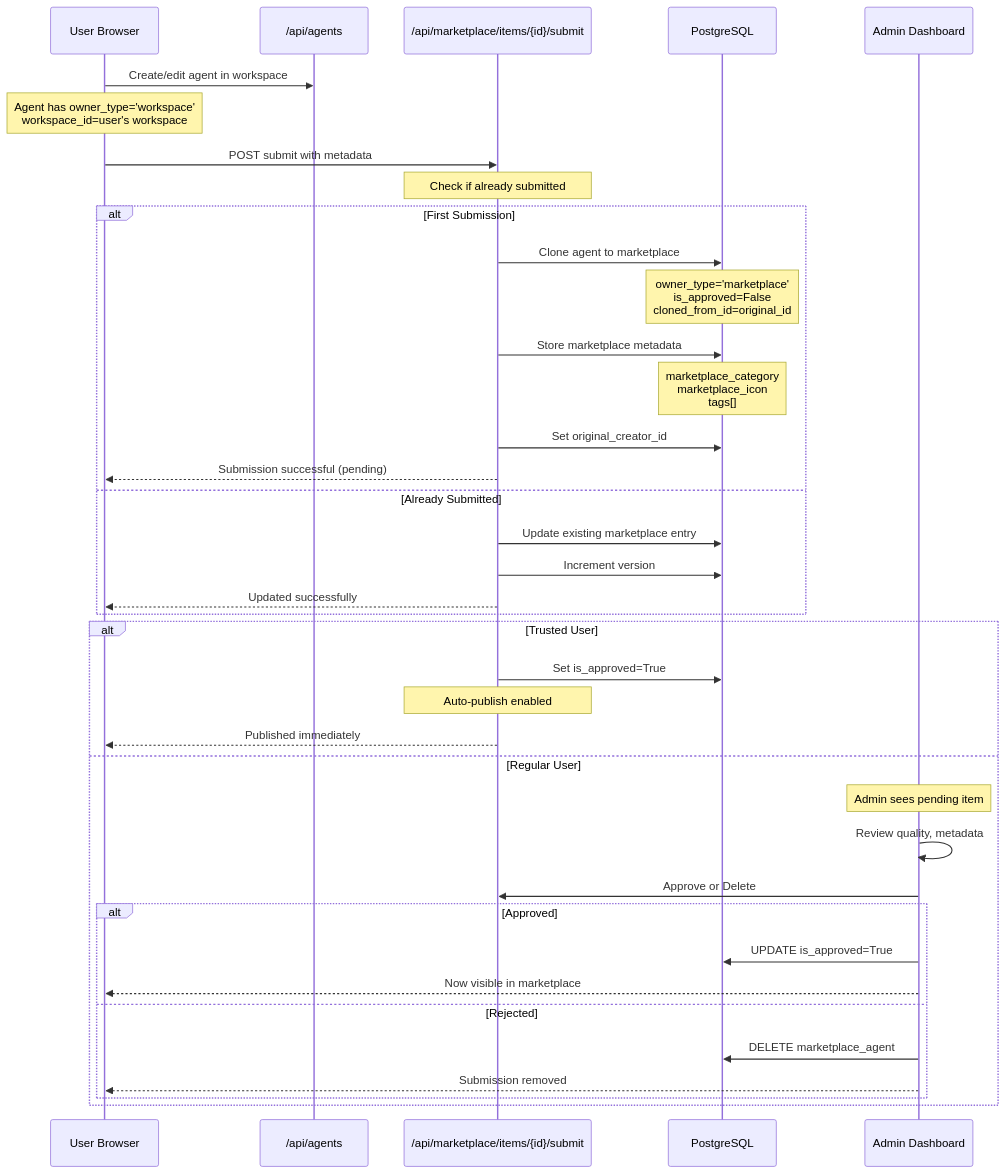
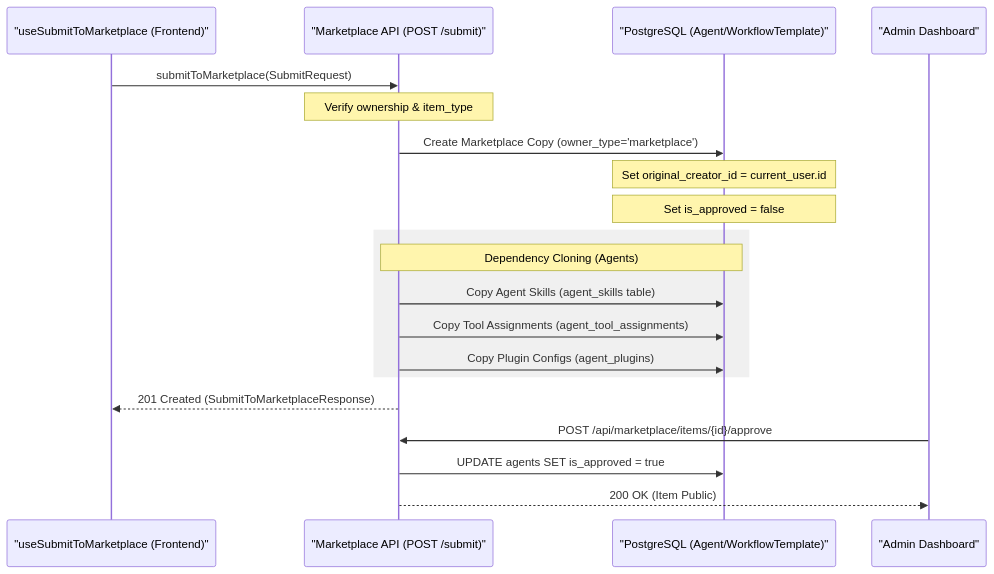
One commit to AutomatosAI/automatos-ai changed the first of 2 diagrams in docs/community-marketplace/publishing-to-marketplace.md. Above: the diagram before and after it, drawn with Mermaid. The commit also changed other lines of this file and 149 other files, not shown here.

Commit message:
docs: refresh documentation with graphify semantic scan

````diff
--- a/docs/community-marketplace/publishing-to-marketplace.md
+++ b/docs/community-marketplace/publishing-to-marketplace.md
@@ -58,44 +48,27 @@
 ```mermaid
 sequenceDiagram
-    participant User as User Browser
-    participant AgentAPI as /api/agents
-    participant SubmitAPI as /api/marketplace/items/{id}/submit
-    participant DB as PostgreSQL
-    participant AdminUI as Admin Dashboard
+    participant User as "useSubmitToMarketplace (Frontend)"
+    participant API as "Marketplace API (POST /submit)"
+    participant DB as "PostgreSQL (Agent/WorkflowTemplate)"
+    participant Admin as "Admin Dashboard"
 
-    User->>AgentAPI: Create/edit agent in workspace
-    Note over User: Agent has owner_type='workspace'<br/>workspace_id=user's workspace
+    User->>API: submitToMarketplace(SubmitRequest)
+    Note over API: Verify ownership & item_type
     
-    User->>SubmitAPI: POST submit with metadata
-    Note over SubmitAPI: Check if already submitted
+    API->>DB: Create Marketplace Copy (owner_type='marketplace')
+    Note over DB: Set original_creator_id = current_user.id
+    Note over DB: Set is_approved = false
     
-    alt First Submission
-        SubmitAPI->>DB: Clone agent to marketplace
-        Note over DB: owner_type='marketplace'<br/>is_approved=False<br/>cloned_from_id=original_id
-        SubmitAPI->>DB: Store marketplace metadata
-        Note over DB: marketplace_category<br/>marketplace_icon<br/>tags[]
-        SubmitAPI->>DB: Set original_creator_id
-        SubmitAPI-->>User: Submission successful (pending)
-    else Already Submitted
-        SubmitAPI->>DB: Update existing marketplace entry
-        SubmitAPI->>DB: Increment version
-        SubmitAPI-->>User: Updated successfully
+    rect rgb(240, 240, 240)
+    Note over API, DB: Dependency Cloning (Agents)
+    API->>DB: Copy Agent Skills (agent_skills table)
+    API->>DB: Copy Tool Assignments (agent_tool_assignments)
+    API->>DB: Copy Plugin Configs (agent_plugins)
     end
+
+    API-->>User: 201 Created (SubmitToMarketplaceResponse)
     
-    alt Trusted User
-        SubmitAPI->>DB: Set is_approved=True
-        Note over SubmitAPI: Auto-publish enabled
-        SubmitAPI-->>User: Published immediately
-    else Regular User
-        Note over AdminUI: Admin sees pending item
-        AdminUI->>AdminUI: Review quality, metadata
-        AdminUI->>SubmitAPI: Approve or Delete
-        alt Approved
-            AdminUI->>DB: UPDATE is_approved=True
-            AdminUI-->>User: Now visible in marketplace
-        else Rejected
-            AdminUI->>DB: DELETE marketplace_agent
-            AdminUI-->>User: Submission removed
-        end
-    end
+    Admin->>API: POST /api/marketplace/items/{id}/approve
+    API->>DB: UPDATE agents SET is_approved = true
+    API-->>Admin: 200 OK (Item Public)
 ```
````
